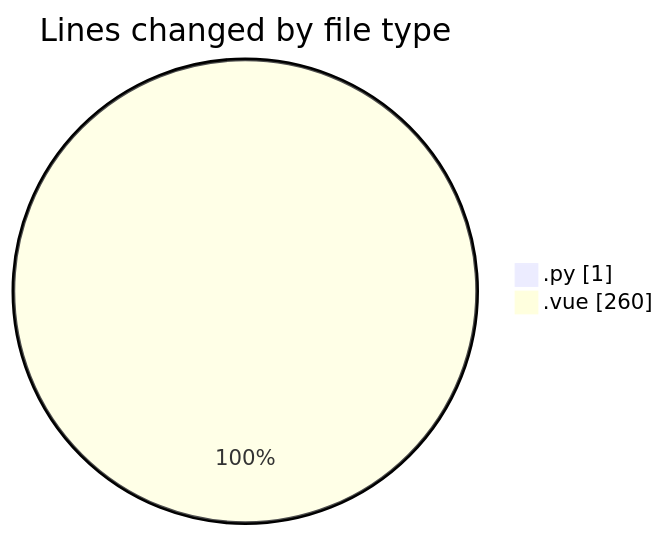
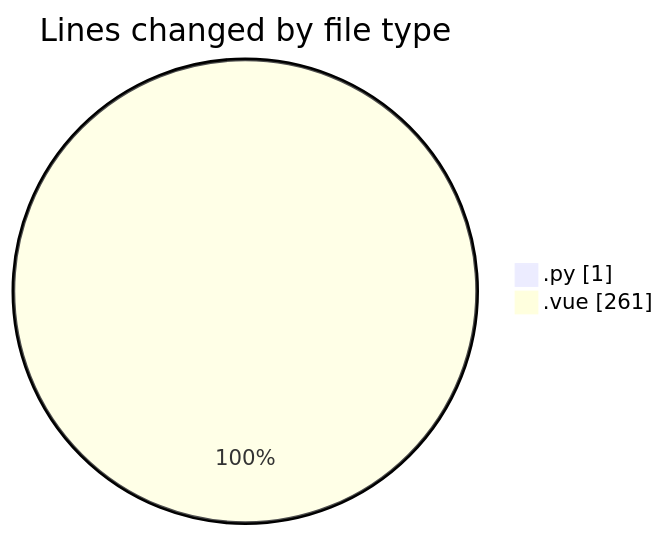
Before and after one commit to jcpc91/code-tracking: the first of 2 diagrams in 2025-05-12/cancelacionsegurosvida/README.md, drawn with Mermaid. The commit also changed other lines of this file and 1 other file, not shown here.

````diff
--- a/2025-05-12/cancelacionsegurosvida/README.md
+++ b/2025-05-12/cancelacionsegurosvida/README.md
@@ -23,6 +23,6 @@
 ```mermaid
 pie showData
 title Lines changed by file type
 ".py" : 1
-".vue" : 260
+".vue" : 261
 ```
````
